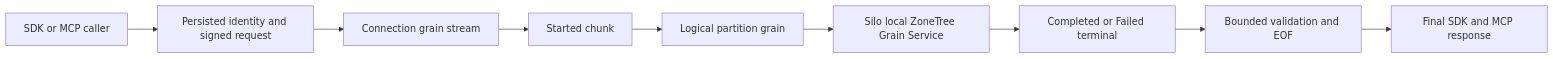
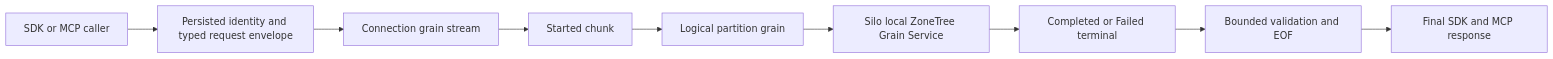
The diagram in docs/Features/OrleansExecution/CqrsRequest.md (managedcode/KeyLoad), drawn with Mermaid before and after one commit. The commit also changed other lines of this file and 174 other files, not shown here.

````diff
--- a/docs/Features/OrleansExecution/CqrsRequest.md
+++ b/docs/Features/OrleansExecution/CqrsRequest.md
@@ -7,11 +7,11 @@
 ```mermaid
 flowchart LR
-    Caller[SDK or MCP caller] --> Identity[Persisted identity and signed request]
+    Caller[SDK or MCP caller] --> Identity[Persisted identity and typed request envelope]
     Identity --> Connection[Connection grain stream]
     Connection --> Started[Started chunk]
     Started --> Partition[Logical partition grain]
     Partition --> Owner[Silo local ZoneTree Grain Service]
     Owner --> Terminal[Completed or Failed terminal]
     Terminal --> Drain[Bounded validation and EOF]
     Drain --> Response[Final SDK and MCP response]
 ```
````
